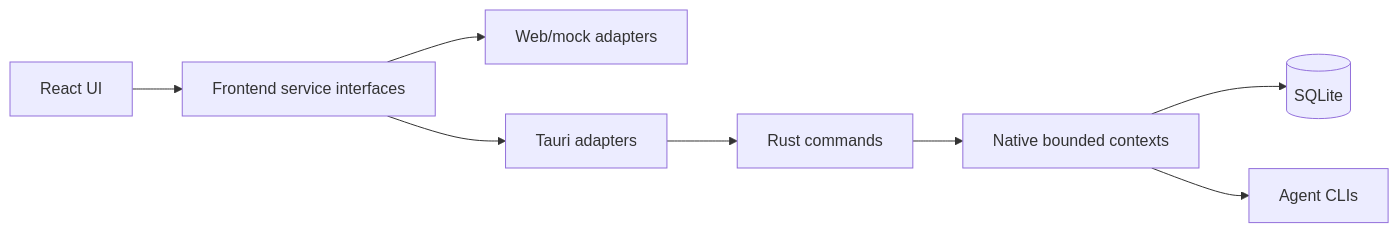
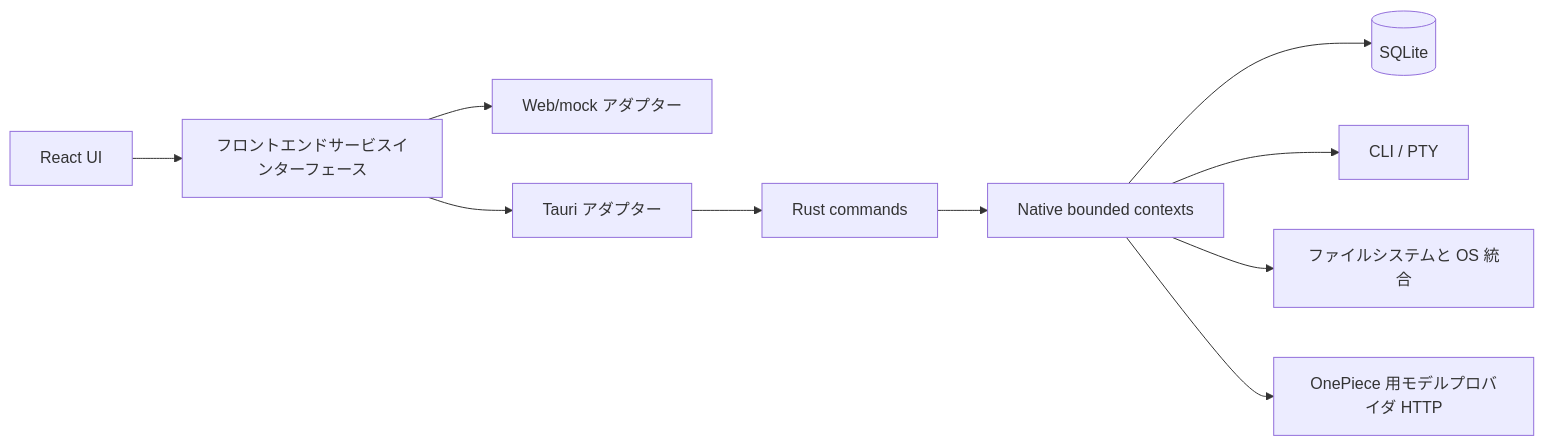
One commit to cdavid817/vanehub-ai changed the diagram in README.ja.md. Above: the diagram before and after it, drawn with Mermaid. The commit also changed other lines of this file and 80 other files, not shown here.

````diff
--- a/README.ja.md
+++ b/README.ja.md
@@ -118,10 +160,12 @@
 ```mermaid
 flowchart LR
-  UI[React UI] --> Service[Frontend service interfaces]
-  Service --> Web[Web/mock adapters]
-  Service --> Tauri[Tauri adapters]
+  UI[React UI] --> Service[フロントエンドサービスインターフェース]
+  Service --> Web[Web/mock アダプター]
+  Service --> Tauri[Tauri アダプター]
   Tauri --> Commands[Rust commands]
   Commands --> Contexts[Native bounded contexts]
   Contexts --> SQLite[(SQLite)]
-  Contexts --> CLI[Agent CLIs]
+  Contexts --> CLI[CLI / PTY]
+  Contexts --> FS[ファイルシステムと OS 統合]
+  Contexts --> HTTP[OnePiece 用モデルプロバイダ HTTP]
 ```
````
